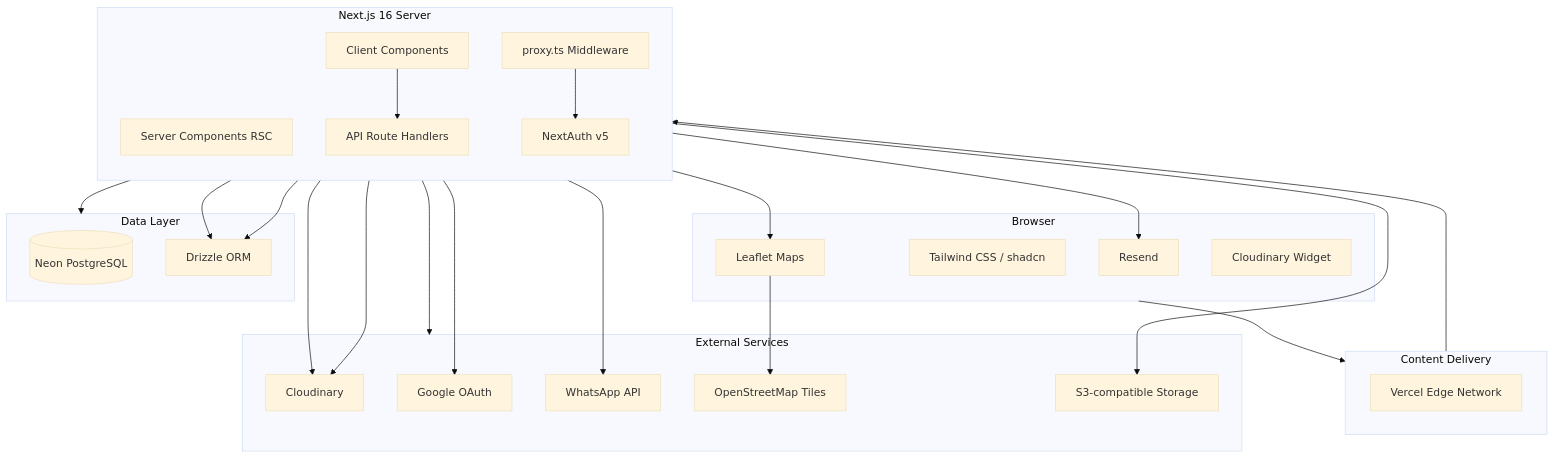
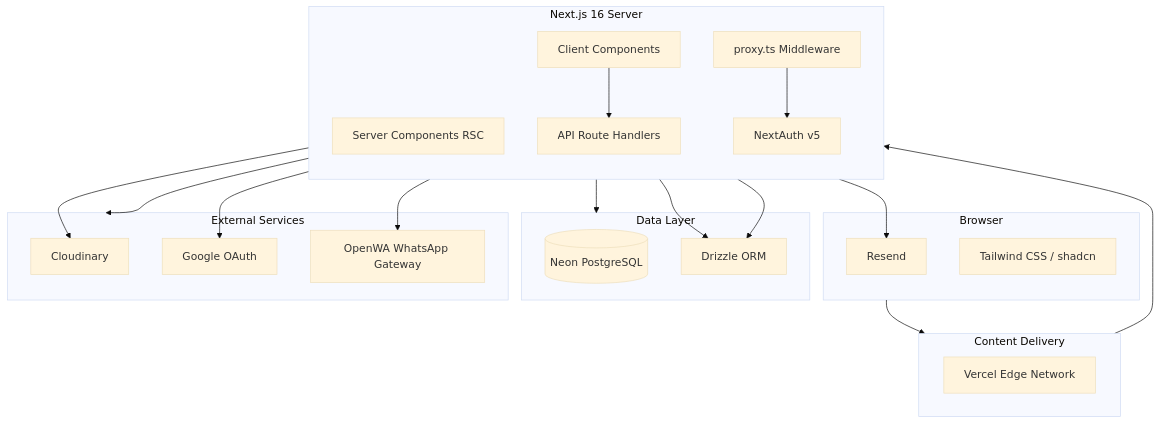
Before and after one commit to NadeemAhmad007/nadur: the first of 8 diagrams in docs/SYSTEM_ARCHITECTURE.md, drawn with Mermaid (base theme). The commit also changed other lines of this file and 79 other files, not shown here.

Commit message:
Production ready - auth fixes, admin UI, WhatsApp OTP, OpenWA management, footer, favorites

````diff
--- a/docs/SYSTEM_ARCHITECTURE.md
+++ b/docs/SYSTEM_ARCHITECTURE.md
@@ -5,54 +5,46 @@
 ```mermaid
 graph TB
     subgraph CDN [Content Delivery]
         V[Vercel Edge Network]
     end
 
     subgraph Client [Browser]
         R[React 19 SPA]
         T[Tailwind CSS / shadcn]
-        L[Leaflet Maps]
-        CL[Cloudinary Widget]
     end
 
     subgraph NextJS [Next.js 16 Server]
         direction TB
         SC[Server Components RSC]
         CC[Client Components]
         API[API Route Handlers]
         MW[proxy.ts Middleware]
         NA[NextAuth v5]
     end
 
     subgraph Data [Data Layer]
         DB[(Neon PostgreSQL)]
         DZ[Drizzle ORM]
     end
 
     subgraph External [External Services]
         C[Cloudinary]
         R[Resend]
         G[Google OAuth]
-        W[WhatsApp API]
-        O[OpenStreetMap Tiles]
-        S3[S3-compatible Storage]
+        W[OpenWA WhatsApp Gateway]
     end
 
     Client --> CDN
     CDN --> NextJS
     NextJS --> Data
     NextJS --> External
 
     SC --> DZ
     CC --> API
     API --> DZ
     MW --> NA
     NA --> G
     NA --> R
     NA --> W
     API --> C
-    CC --> C
-    CC --> L
-    L --> O
-    API --> S3
 ```
````
